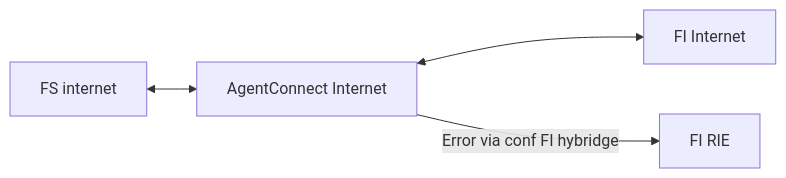
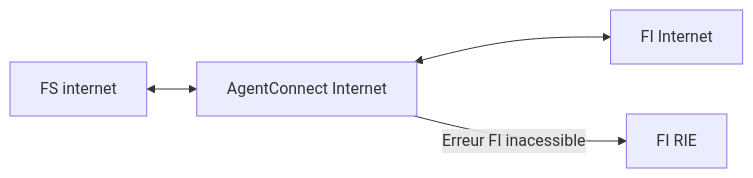
One commit to numerique-gouv/proconnect-documentation changed the first of 2 diagrams in doc_fi/plateformes_fi.md. Above: the diagram before and after it, drawn with Mermaid. The commit also changed other lines of this file, not shown here.

Commit message:
add arrow with hybridge

````diff
--- a/doc_fi/plateformes_fi.md
+++ b/doc_fi/plateformes_fi.md
@@ -40,6 +39,6 @@
 ```mermaid
 flowchart LR
     FS2[FS internet] <--> AC2[AgentConnect Internet]
     AC2 <--> FI2[FI Internet]
-    AC2 --> |Error via conf FI hybridge| FI1[FI RIE]
+    AC2 --> |Erreur FI inacessible| FI1[FI RIE]
 ```
````
